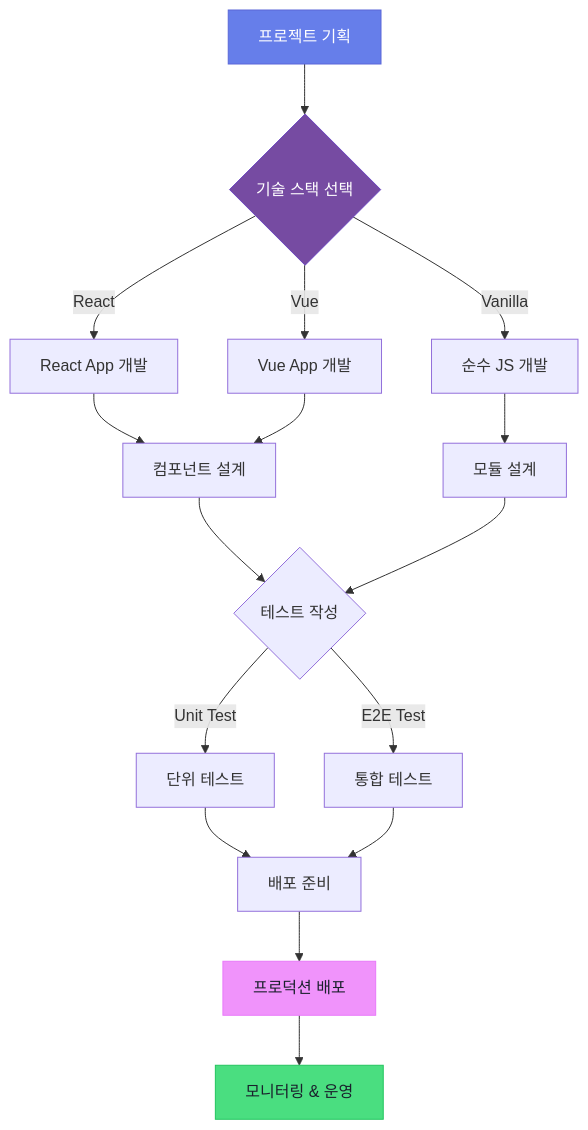
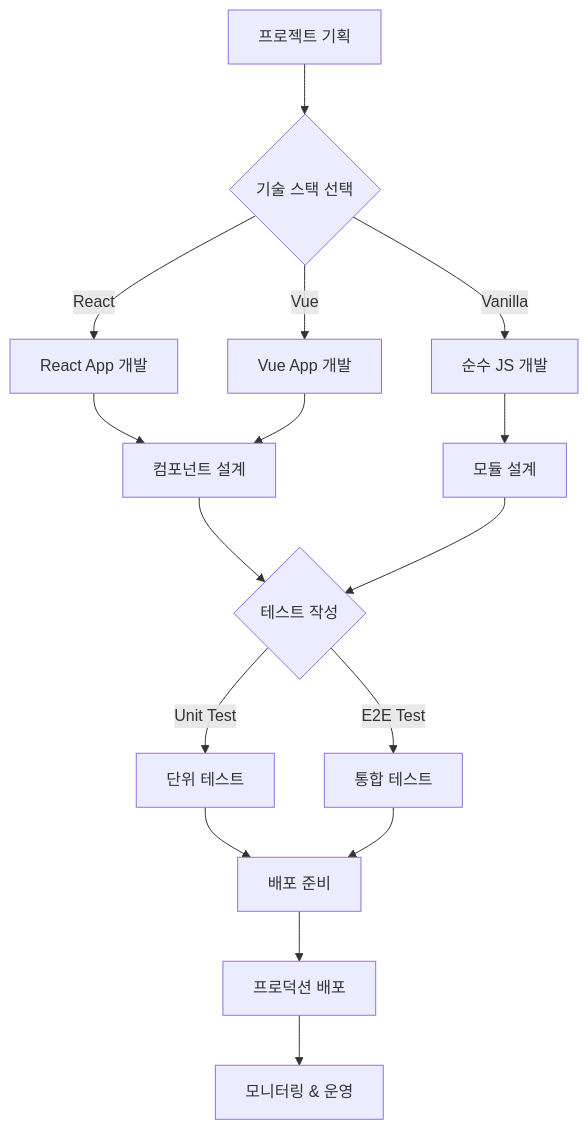
The first of 7 diagrams in _posts/2025-06-06-mermaid-styled-test.md (realcoding2003/realcoding.github.io), drawn with Mermaid before and after one commit. The commit also changed 2 other files, not shown here.

Commit message:
Mermaid 다이어그램 스타일 및 기능 개선
- Mermaid 다이어그램의 초기 테마 감지 및 설정 로직 간소화
- 다크모드와 라이트모드에 따른 테마 적용 방식 개선
- 불필요한 CSS 스타일 제거 및 기본 스타일 최적화
- Mermaid 다이어그램의 반응형 디자인 및 접근성 향상
- 테스트 포스트에서 스타일 관련 코드 제거

````diff
--- a/_posts/2025-06-06-mermaid-styled-test.md
+++ b/_posts/2025-06-06-mermaid-styled-test.md
@@ -27,28 +27,25 @@
 ```mermaid
 graph TD
     A[프로젝트 기획] --> B{기술 스택 선택}
     B -->|React| C[React App 개발]
     B -->|Vue| D[Vue App 개발]
     B -->|Vanilla| E[순수 JS 개발]
     
     C --> F[컴포넌트 설계]
     D --> F
     E --> G[모듈 설계]
     
     F --> H{테스트 작성}
     G --> H
     
     H -->|Unit Test| I[단위 테스트]
     H -->|E2E Test| J[통합 테스트]
     
     I --> K[배포 준비]
     J --> K
     
     K --> L[프로덕션 배포]
     L --> M[모니터링 & 운영]
     
-    style A fill:#667eea,stroke:#5a67d8,color:#fff
-    style B fill:#764ba2,stroke:#6b46c1,color:#fff
-    style L fill:#f093fb,stroke:#e879f9,color:#1a202c
-    style M fill:#4ade80,stroke:#22c55e,color:#1a202c
+
 ```
````
